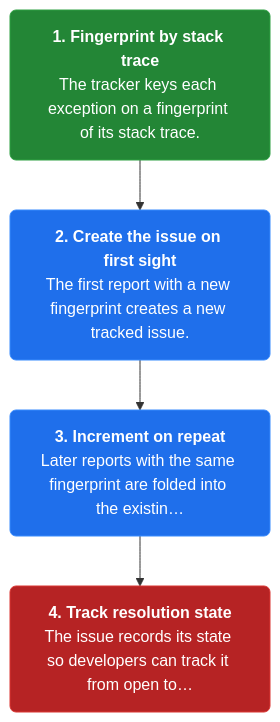
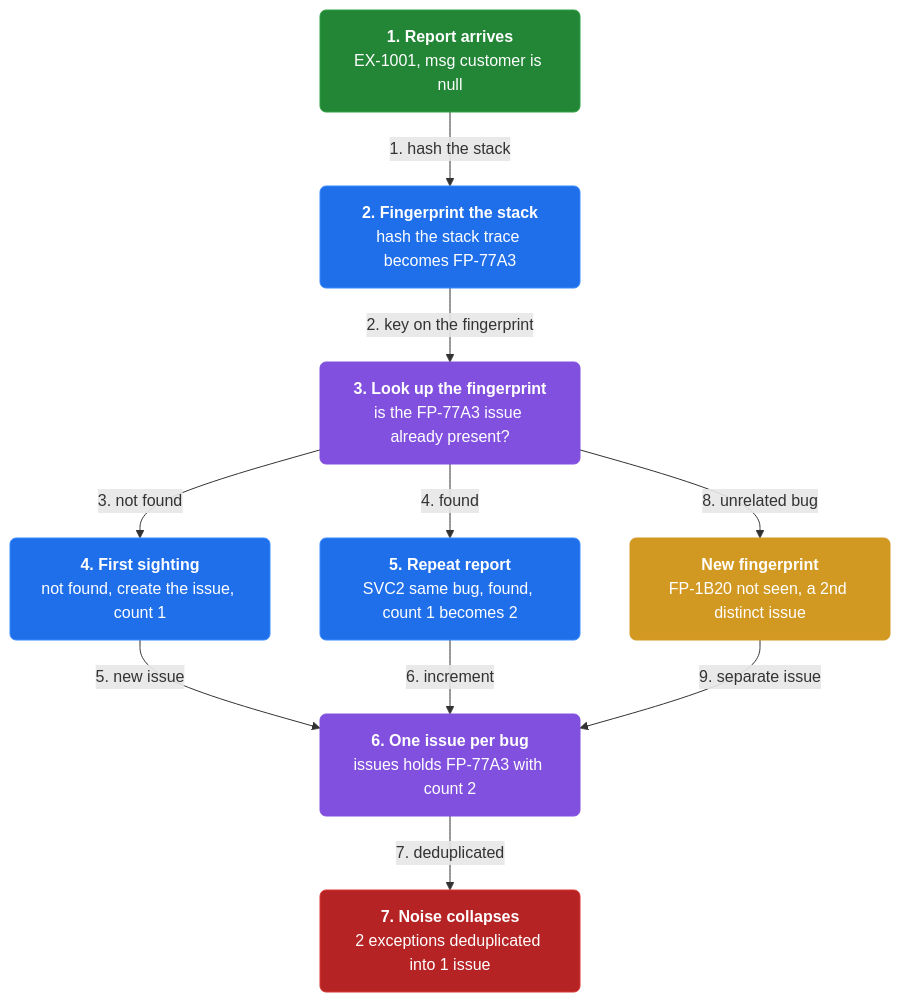
One commit to vinayakuber/microservices-io-study-guide changed the third of 4 diagrams in docs/ch34-exception-tracking.md. Above: the diagram before and after it, drawn with Mermaid. The commit also changed other lines of this file and 46 other files, not shown here.

First line of the commit message:
Author rich branching flow diagrams for all 44 chapters

````diff
--- a/docs/ch34-exception-tracking.md
+++ b/docs/ch34-exception-tracking.md
@@ -91,13 +109,25 @@
 ```mermaid
 flowchart TD
-  classDef step fill:#1f6feb,color:#ffffff,stroke:#388bfd,stroke-width:1px,rx:6
+  classDef step fill:#1f6feb,color:#ffffff,stroke:#388bfd,rx:6
+  classDef core fill:#8250df,color:#ffffff,stroke:#8250df,rx:6
+  classDef warn fill:#d29922,color:#ffffff,stroke:#d29922,rx:6
   classDef start fill:#238636,color:#ffffff,stroke:#2ea043,rx:6
   classDef stop fill:#b62324,color:#ffffff,stroke:#da3633,rx:6
-  s2n0["<b>1. Fingerprint by stack trace</b><br/>The tracker keys each exception on a fingerprint of its stack trace."]:::start
-  s2n1["<b>2. Create the issue on first sight</b><br/>The first report with a new fingerprint creates a new tracked issue."]:::step
-  s2n2["<b>3. Increment on repeat</b><br/>Later reports with the same fingerprint are folded into the existin…"]:::step
-  s2n3["<b>4. Track resolution state</b><br/>The issue records its state so developers can track it from open to…"]:::stop
-  s2n0 --> s2n1
-  s2n1 --> s2n2
-  s2n2 --> s2n3
+n0["<b>1. Report arrives</b><br/>EX-1001, msg customer is null"]:::start
+  n1["<b>2. Fingerprint the stack</b><br/>hash the stack trace becomes FP-77A3"]:::step
+  n2["<b>3. Look up the fingerprint</b><br/>is the FP-77A3 issue already present?"]:::core
+  n3["<b>4. First sighting</b><br/>not found, create the issue, count 1"]:::step
+  n4["<b>5. Repeat report</b><br/>SVC2 same bug, found, count 1 becomes 2"]:::step
+  n5["<b>6. One issue per bug</b><br/>issues holds FP-77A3 with count 2"]:::core
+  n6["<b>7. Noise collapses</b><br/>2 exceptions deduplicated into 1 issue"]:::stop
+  n7["<b>New fingerprint</b><br/>FP-1B20 not seen, a 2nd distinct issue"]:::warn
+  n0 -->|"1. hash the stack"| n1
+  n1 -->|"2. key on the fingerprint"| n2
+  n2 -->|"3. not found"| n3
+  n2 -->|"4. found"| n4
+  n3 -->|"5. new issue"| n5
+  n4 -->|"6. increment"| n5
+  n5 -->|"7. deduplicated"| n6
+  n2 -->|"8. unrelated bug"| n7
+  n7 -->|"9. separate issue"| n5
 ```
````
